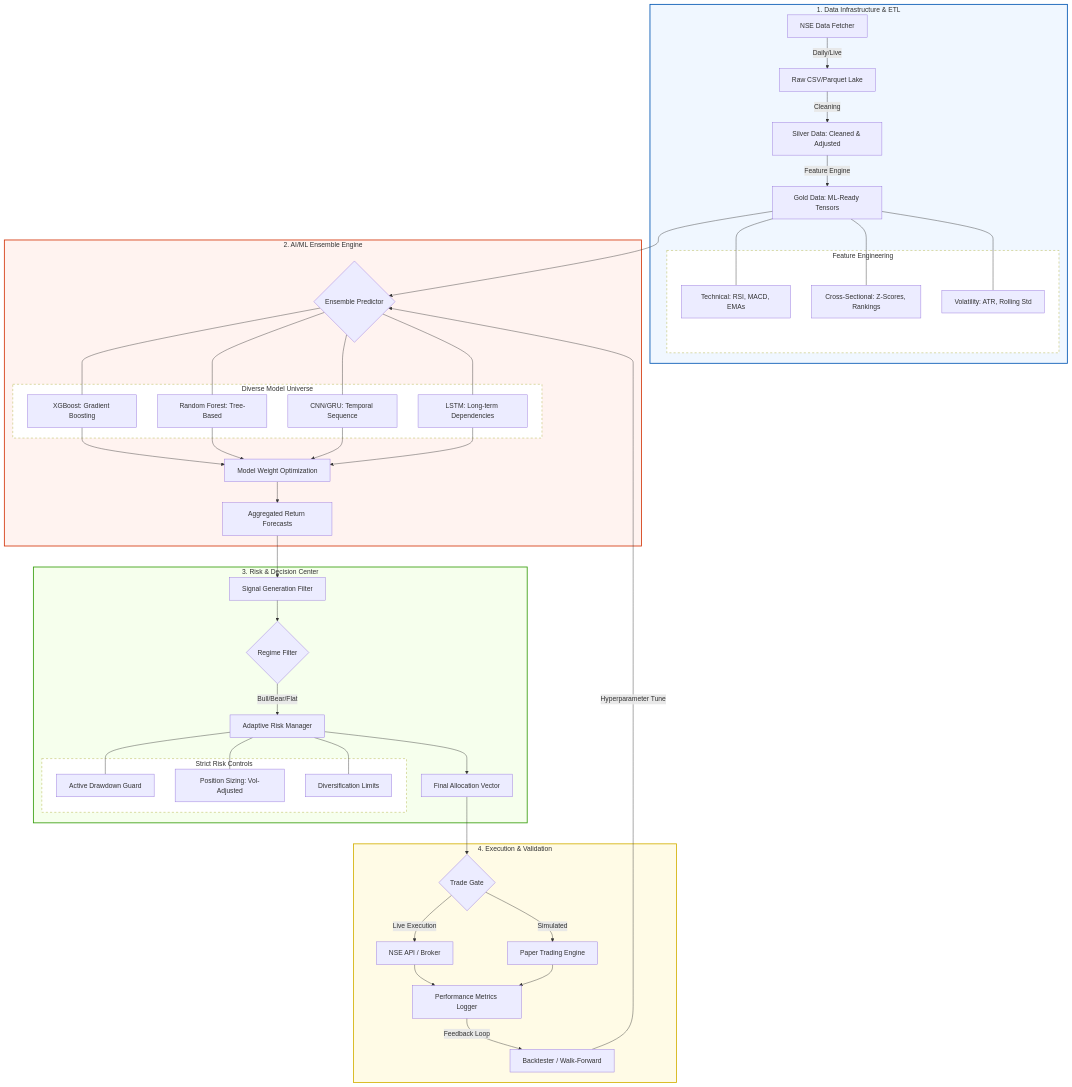
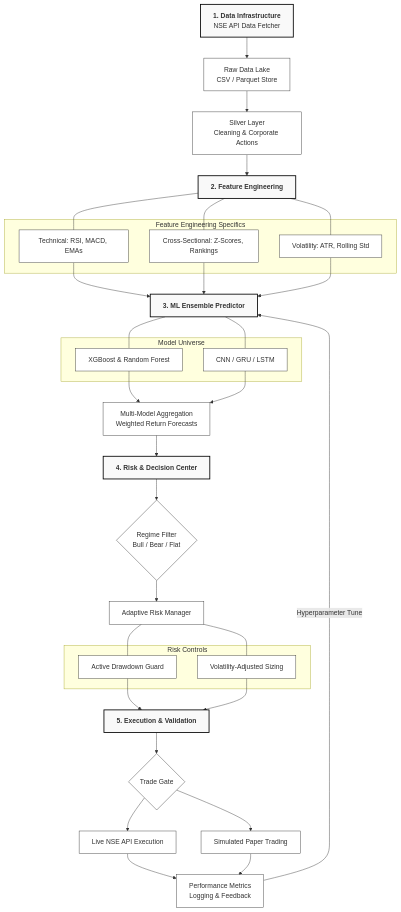
Before and after one commit to N0AHZACH/Quant_Engine: the diagram in README.md, drawn with Mermaid.

Commit message:
Enhancement: Simplified and highly readable architecture diagram

````diff
--- a/README.md
+++ b/README.md
@@ -25,61 +25,52 @@
 ```mermaid
 graph TD
-    subgraph Data_Infrastructure [1. Data Infrastructure & ETL]
-        A1[NSE Data Fetcher] -->|Daily/Live| A2[Raw CSV/Parquet Lake]
-        A2 -->|Cleaning| A3[Silver Data: Cleaned & Adjusted]
-        A3 -->|Feature Engine| A4[Gold Data: ML-Ready Tensors]
-        
-        subgraph Features [Feature Engineering]
-            A4a[Technical: RSI, MACD, EMAs]
-            A4b[Cross-Sectional: Z-Scores, Rankings]
-            A4c[Volatility: ATR, Rolling Std]
-        end
-        A4 --- A4a & A4b & A4c
+    %% Global Styles
+    classDef default fill:#fff,stroke:#333,stroke-width:1px;
+    classDef highlight fill:#f9f9f9,stroke:#000,stroke-width:2px;
+
+    %% Data Pipeline
+    A[<b>1. Data Infrastructure</b><br/>NSE API Data Fetcher] --> B[Raw Data Lake<br/>CSV / Parquet Store]
+    B --> C[Silver Layer<br/>Cleaning & Corporate Actions]
+    C --> D[<b>2. Feature Engineering</b>]
+    
+    subgraph Feature_Set [Feature Engineering Specifics]
+        D1[Technical: RSI, MACD, EMAs]
+        D2[Cross-Sectional: Z-Scores, Rankings]
+        D3[Volatility: ATR, Rolling Std]
     end
+    D --- D1 & D2 & D3
 
-    subgraph Intelligence_Engine [2. AI/ML Ensemble Engine]
-        A4 --> B1{Ensemble Predictor}
-        subgraph Models [Diverse Model Universe]
-            B1a[XGBoost: Gradient Boosting]
-            B1b[Random Forest: Tree-Based]
-            B1c[CNN/GRU: Temporal Sequence]
-            B1d[LSTM: Long-term Dependencies]
-        end
-        B1 --- B1a & B1b & B1c & B1d
-        B1a & B1b & B1c & B1d --> B2[Model Weight Optimization]
-        B2 --> B3[Aggregated Return Forecasts]
+    %% Intelligence Layer
+    D1 & D2 & D3 --> E[<b>3. ML Ensemble Predictor</b>]
+    
+    subgraph Model_Mix [Model Universe]
+        E1[XGBoost & Random Forest]
+        E2[CNN / GRU / LSTM]
     end
+    E --- E1 & E2
+    
+    E1 & E2 --> F[Multi-Model Aggregation<br/>Weighted Return Forecasts]
 
-    subgraph Risk_Decision_Center [3. Risk & Decision Center]
-        B3 --> C1[Signal Generation Filter]
-        C1 --> C2{Regime Filter}
-        C2 -->|Bull/Bear/Flat| C3[Adaptive Risk Manager]
-        
-        subgraph Risk_Controls [Strict Risk Controls]
-            C3a[Active Drawdown Guard]
-            C3b[Position Sizing: Vol-Adjusted]
-            C3c[Diversification Limits]
-        end
-        C3 --- C3a & C3b & C3c
-        C3 --> C4[Final Allocation Vector]
+    %% Risk & Decision
+    F --> G[<b>4. Risk & Decision Center</b>]
+    G --> H{Regime Filter<br/>Bull / Bear / Flat}
+    H --> I[Adaptive Risk Manager]
+    
+    subgraph Controls [Risk Controls]
+        I1[Active Drawdown Guard]
+        I2[Volatility-Adjusted Sizing]
     end
+    I --- I1 & I2
 
-    subgraph Execution_Validation [4. Execution & Validation]
-        C4 --> D1{Trade Gate}
-        D1 -->|Live Execution| D2[NSE API / Broker]
-        D1 -->|Simulated| D3[Paper Trading Engine]
-        
-        D2 & D3 --> E1[Performance Metrics Logger]
-        E1 -->|Feedback Loop| E2[Backtester / Walk-Forward]
-        E2 -->|Hyperparameter Tune| B1
-    end
+    %% Execution
+    I1 & I2 --> J[<b>5. Execution & Validation</b>]
+    J --> K{Trade Gate}
+    K --> L[Live NSE API Execution]
+    K --> M[Simulated Paper Trading]
+    
+    L & M --> N[Performance Metrics<br/>Logging & Feedback]
+    N -->|Hyperparameter Tune| E
 
-    %% Styles
-    style Data_Infrastructure fill:#f0f7ff,stroke:#0056b3,stroke-width:2px
-    style Intelligence_Engine fill:#fff3f0,stroke:#d4380d,stroke-width:2px
-    style Risk_Decision_Center fill:#f6ffed,stroke:#389e0d,stroke-width:2px
-    style Execution_Validation fill:#fffbe6,stroke:#d4b106,stroke-width:2px
-    style Features fill:#ffffff,stroke-dasharray: 5 5
-    style Models fill:#ffffff,stroke-dasharray: 5 5
-    style Risk_Controls fill:#ffffff,stroke-dasharray: 5 5
+    %% Class Assignments
+    class A,D,E,G,J highlight;
 ```
````
